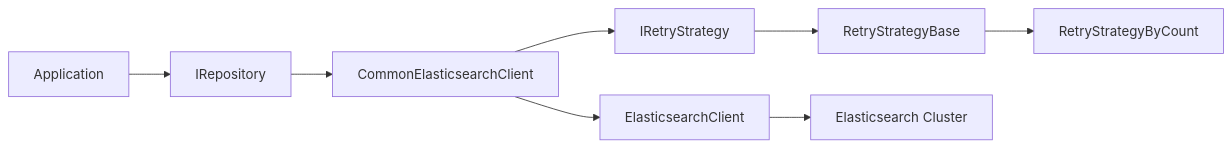
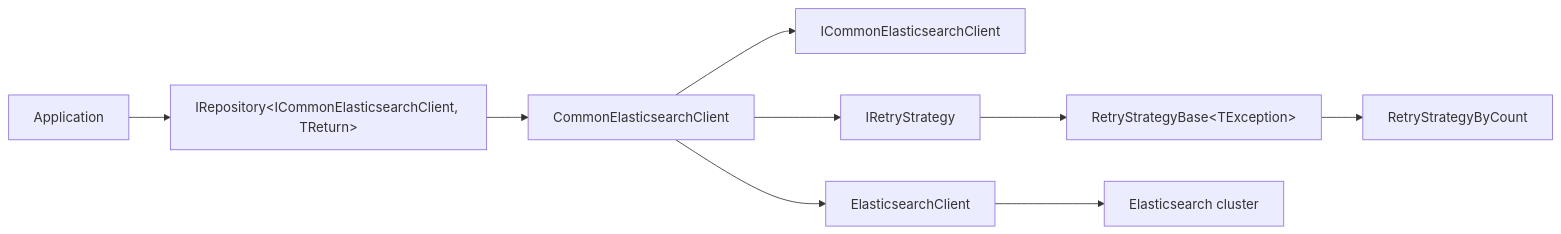
The fourth of 4 diagrams in architecture.md (stoberman37/MnM.Common.Data), drawn with Mermaid before and after one commit. The commit also changed other lines of this file, not shown here.

Commit message:
fix architecture document

````diff
--- a/architecture.md
+++ b/architecture.md
@@ -184,10 +140,14 @@
 ```mermaid
 flowchart LR
-App[Application] --> Repo[IRepository<ICommonElasticsearchClient, T>]
-Repo --> EsClient[CommonElasticsearchClient]
-EsClient --> EsNet[ElasticsearchClient]
-EsClient --> Retry[IRetryStrategy]
-Retry --> RetryBase[RetryStrategyBase]
-RetryBase --> RetryCount[RetryStrategyByCount]
-EsNet --> Cluster[Elasticsearch Cluster]
+  App[Application] --> Repo[IRepository&lt;ICommonElasticsearchClient, TReturn&gt;]
+  Repo --> EsClient[CommonElasticsearchClient]
+
+  EsClient --> EsInterface[ICommonElasticsearchClient]
+  EsClient --> EsNet[ElasticsearchClient]
+
+  EsClient --> Retry[IRetryStrategy]
+  Retry --> RetryBase[RetryStrategyBase&lt;TException&gt;]
+  RetryBase --> RetryCount[RetryStrategyByCount]
+
+  EsNet --> Cluster[Elasticsearch cluster]
 ```
````
